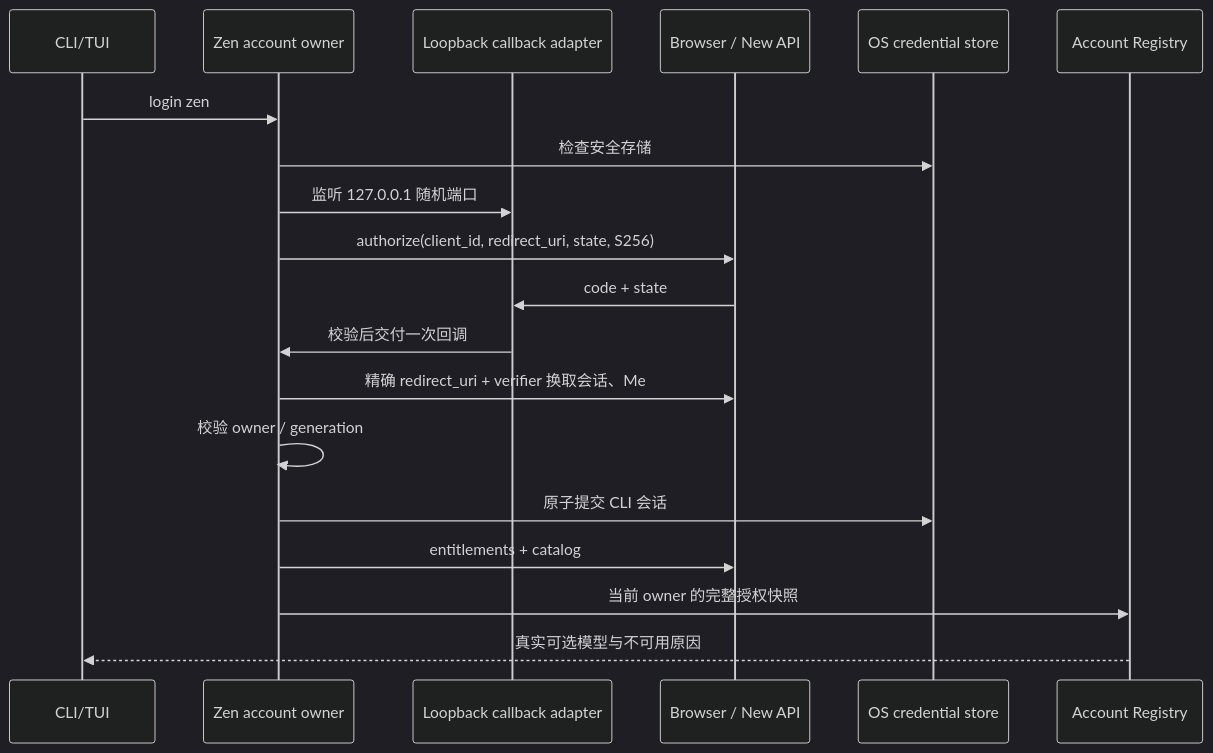
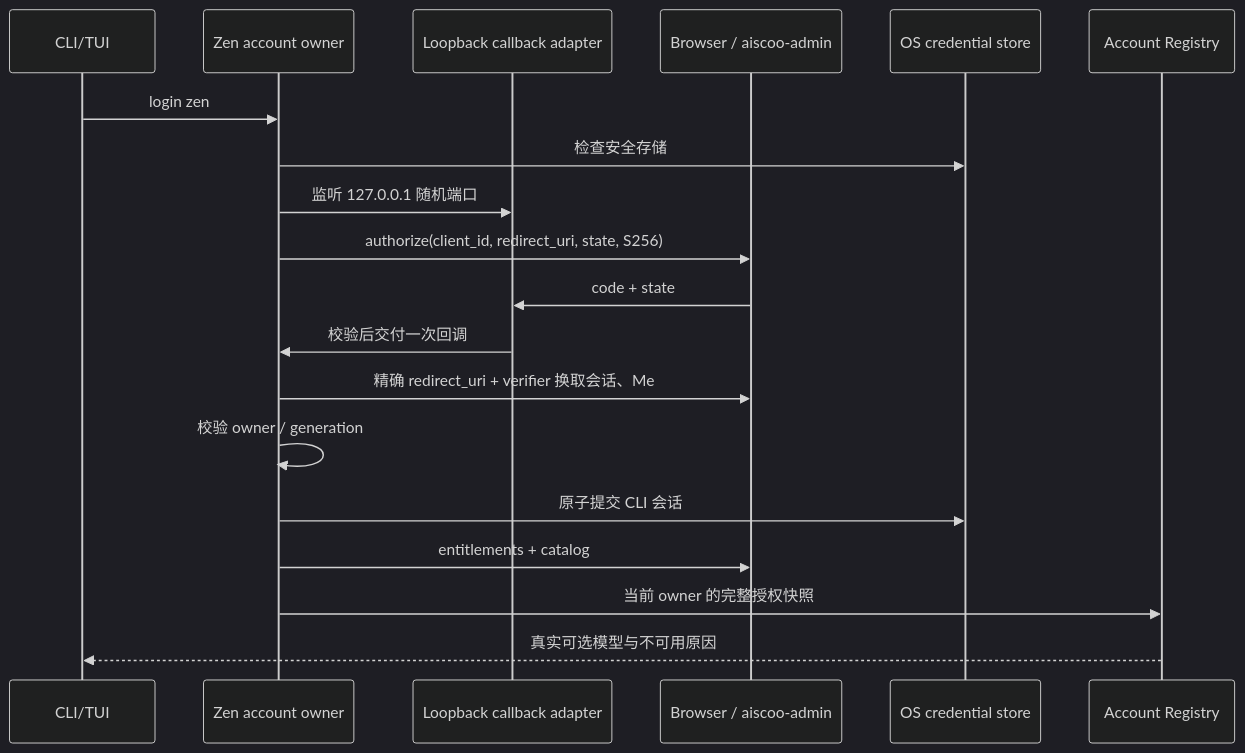
The diagram in apps/zcode-cli/docs/design/v2/zen-plan.md (978655242/aiscoo-resource), drawn with Mermaid (dark theme) before and after one commit. The commit also changed other lines of this file and 289 other files, not shown here.

First line of the commit message:
refactor(aiscoo): rename New API to aiscoo-admin and drop stray CLI backups (#65)

````diff
--- a/apps/zcode-cli/docs/design/v2/zen-plan.md
+++ b/apps/zcode-cli/docs/design/v2/zen-plan.md
@@ -55,21 +55,21 @@
 ```mermaid
 sequenceDiagram
   participant T as CLI/TUI
   participant A as Zen account owner
   participant L as Loopback callback adapter
-  participant B as Browser / New API
+  participant B as Browser / aiscoo-admin
   participant K as OS credential store
   participant R as Account Registry
   T->>A: login zen
   A->>K: 检查安全存储
   A->>L: 监听 127.0.0.1 随机端口
   A->>B: authorize(client_id, redirect_uri, state, S256)
   B->>L: code + state
   L->>A: 校验后交付一次回调
   A->>B: 精确 redirect_uri + verifier 换取会话、Me
   A->>A: 校验 owner / generation
   A->>K: 原子提交 CLI 会话
   A->>B: entitlements + catalog
   A->>R: 当前 owner 的完整授权快照
   R-->>T: 真实可选模型与不可用原因
 ```
````
